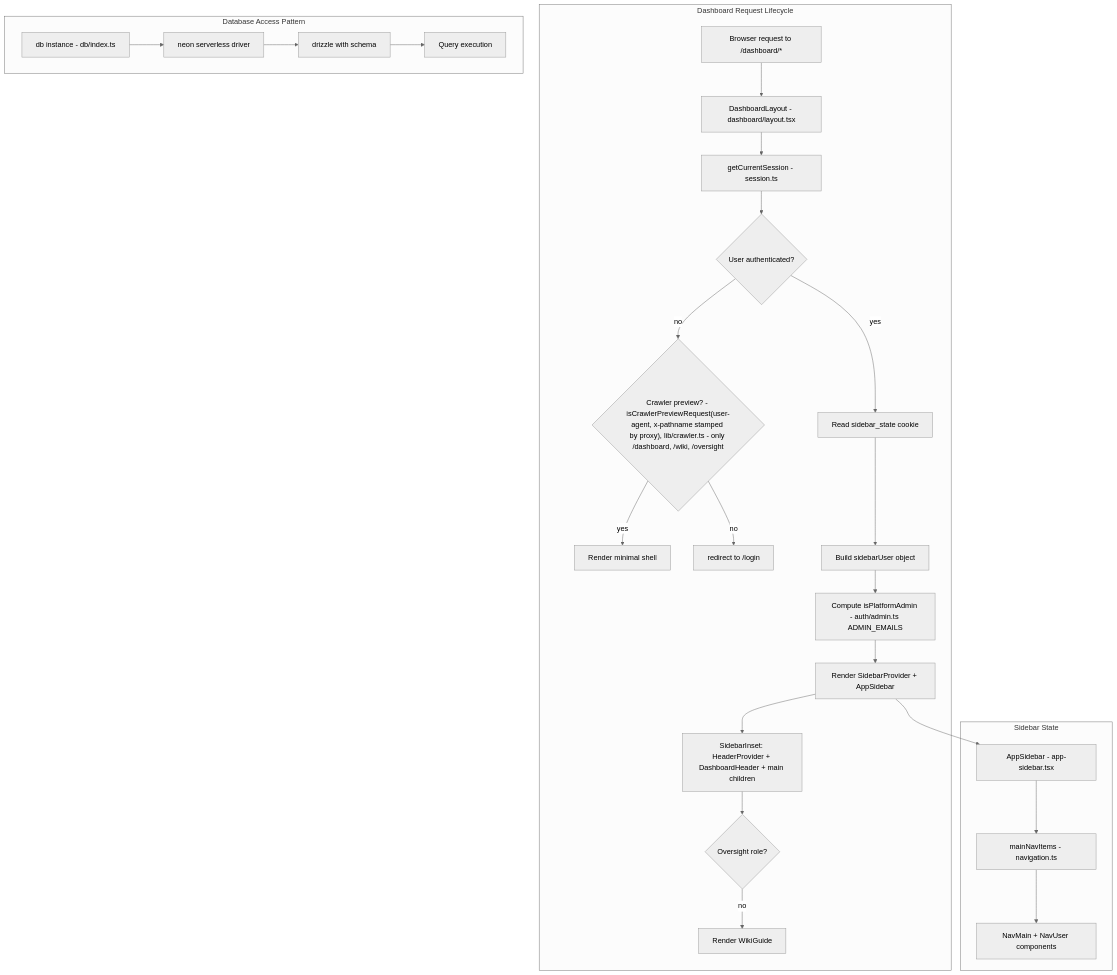
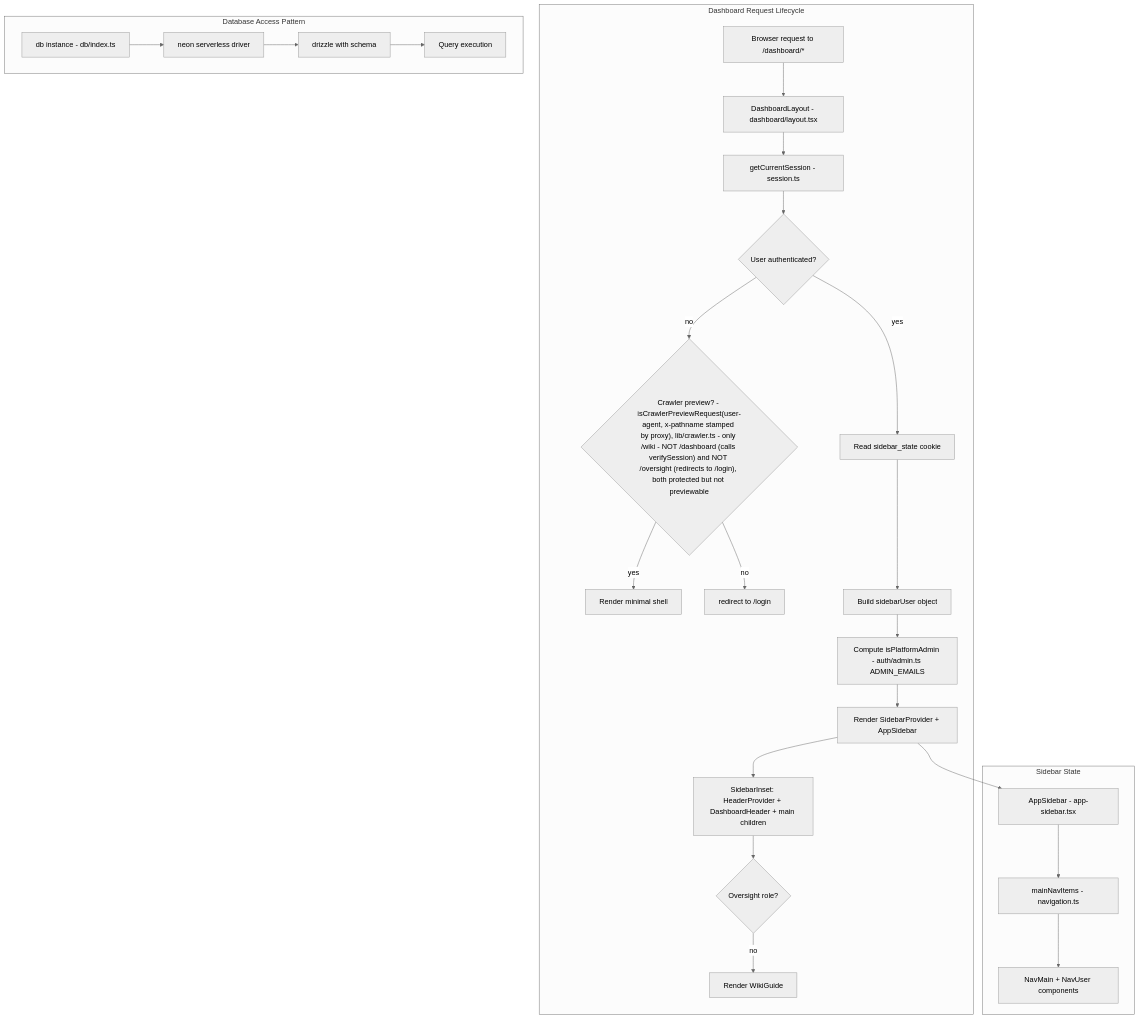
The diagram in memory/flows/request-lifecycle.mmd (SebastianGarces/everyfield_v2), drawn with Mermaid before and after one commit. The commit also changed 6 other files, not shown here.

First line of the commit message:
chore(crawler): drop /dashboard from the previewable list, anchor the whatsapp token (#297) (#354)

```diff
--- a/memory/flows/request-lifecycle.mmd
+++ b/memory/flows/request-lifecycle.mmd
@@ -1,44 +1,44 @@
 %%{init: {'theme': 'neutral'}}%%
 flowchart TD
     subgraph request [Dashboard Request Lifecycle]
         REQ1[Browser request to /dashboard/*]
         REQ2["DashboardLayout - dashboard/layout.tsx"]
         REQ3["getCurrentSession - session.ts"]
         REQ4{User authenticated?}
-        REQ5{"Crawler preview? - isCrawlerPreviewRequest(user-agent, x-pathname stamped by proxy), lib/crawler.ts - only /dashboard, /wiki, /oversight"}
+        REQ5{"Crawler preview? - isCrawlerPreviewRequest(user-agent, x-pathname stamped by proxy), lib/crawler.ts - only /wiki - NOT /dashboard (calls verifySession) and NOT /oversight (redirects to /login), both protected but not previewable"}
         REQ6[Render minimal shell]
         REQ7[redirect to /login]
         REQ8[Read sidebar_state cookie]
         REQ9[Build sidebarUser object]
         REQ9b["Compute isPlatformAdmin - auth/admin.ts ADMIN_EMAILS"]
         REQ10[Render SidebarProvider + AppSidebar]
         REQ11[SidebarInset: HeaderProvider + DashboardHeader + main children]
         REQ12{Oversight role?}
         REQ13[Render WikiGuide]
 
         REQ1 --> REQ2 --> REQ3 --> REQ4
         REQ4 -->|no| REQ5
         REQ5 -->|yes| REQ6
         REQ5 -->|no| REQ7
         REQ4 -->|yes| REQ8 --> REQ9 --> REQ9b --> REQ10 --> REQ11 --> REQ12
         REQ12 -->|no| REQ13
     end
 
     subgraph db [Database Access Pattern]
         DB1["db instance - db/index.ts"]
         DB2["neon serverless driver"]
         DB3["drizzle with schema"]
         DB4[Query execution]
         
         DB1 --> DB2 --> DB3 --> DB4
     end
 
     subgraph sidebar [Sidebar State]
         SB1["AppSidebar - app-sidebar.tsx"]
         SB2["mainNavItems - navigation.ts"]
         SB3["NavMain + NavUser components"]
         
         SB1 --> SB2 --> SB3
     end
 
     REQ10 --> SB1
```
